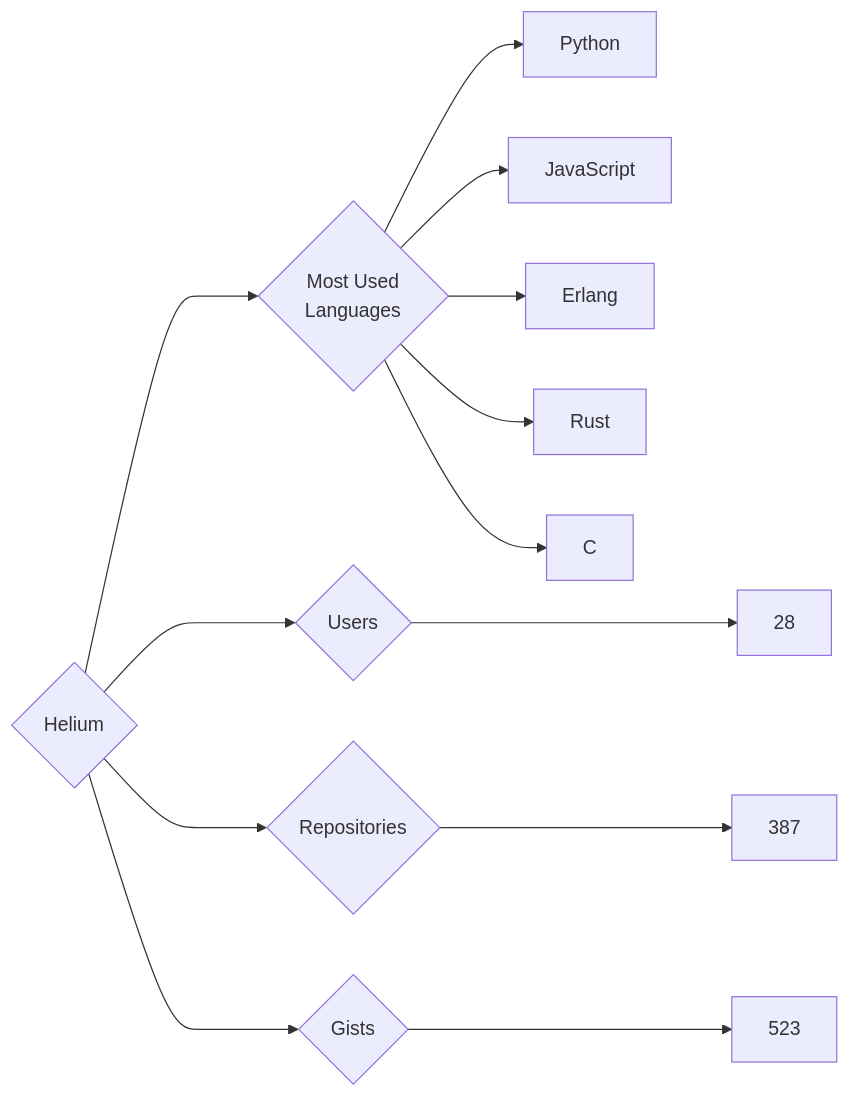
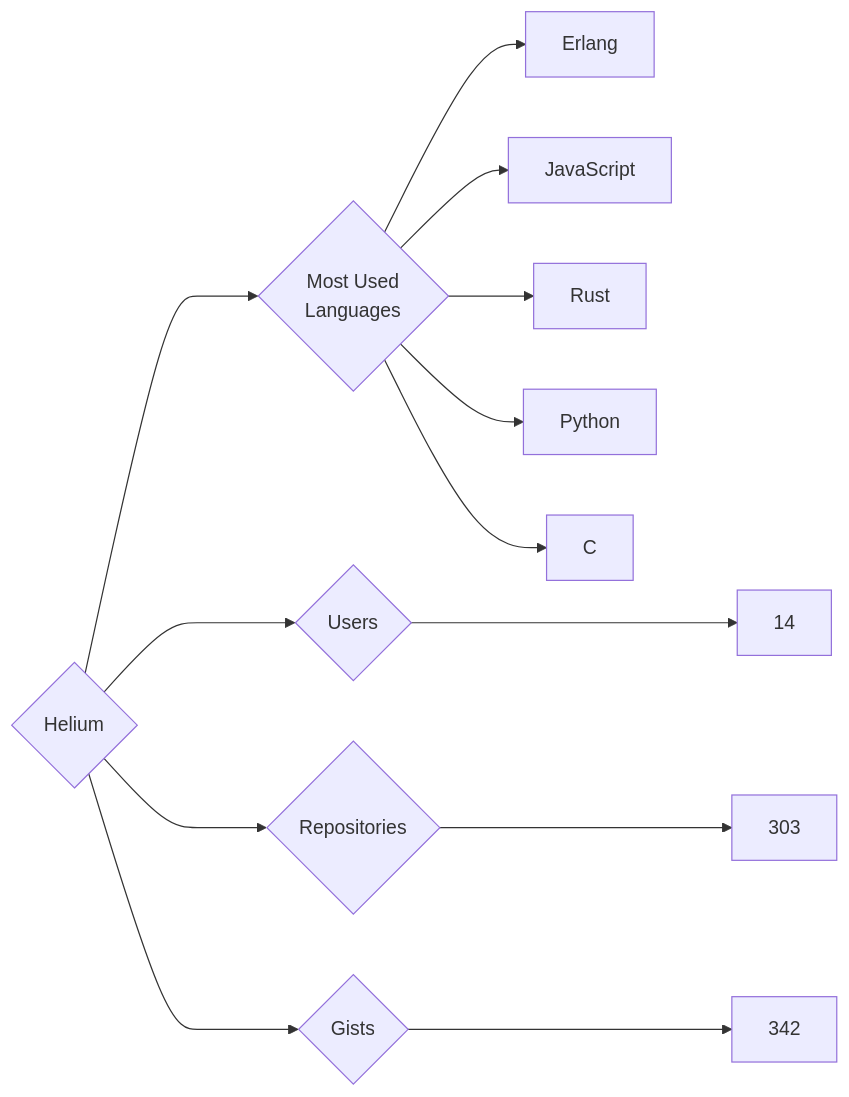
One commit to trickest/insiders changed the diagram in targets/Helium/README.md. Above: the diagram before and after it, drawn with Mermaid. The commit also changed 873 other files, not shown here.

````diff
--- a/targets/Helium/README.md
+++ b/targets/Helium/README.md
@@ -3,13 +3,13 @@
 ```mermaid
 graph LR
 COMPANY_NAME{Helium}
-COMPANY_NAME ---> U{Users} ---> UN[28]
-COMPANY_NAME ---> R{Repositories} ---> RN[387]
-COMPANY_NAME ---> G{Gists} ---> GN[523]
+COMPANY_NAME ---> U{Users} ---> UN[14]
+COMPANY_NAME ---> R{Repositories} ---> RN[303]
+COMPANY_NAME ---> G{Gists} ---> GN[342]
 COMPANY_NAME ---> ML{Most Used<br>Languages}
+ML --> Erlang[Erlang]
+ML --> JavaScript[JavaScript]
+ML --> Rust[Rust]
 ML --> Python[Python]
-ML --> JavaScript[JavaScript]
-ML --> Erlang[Erlang]
-ML --> Rust[Rust]
 ML --> C[C]
 ```
````
